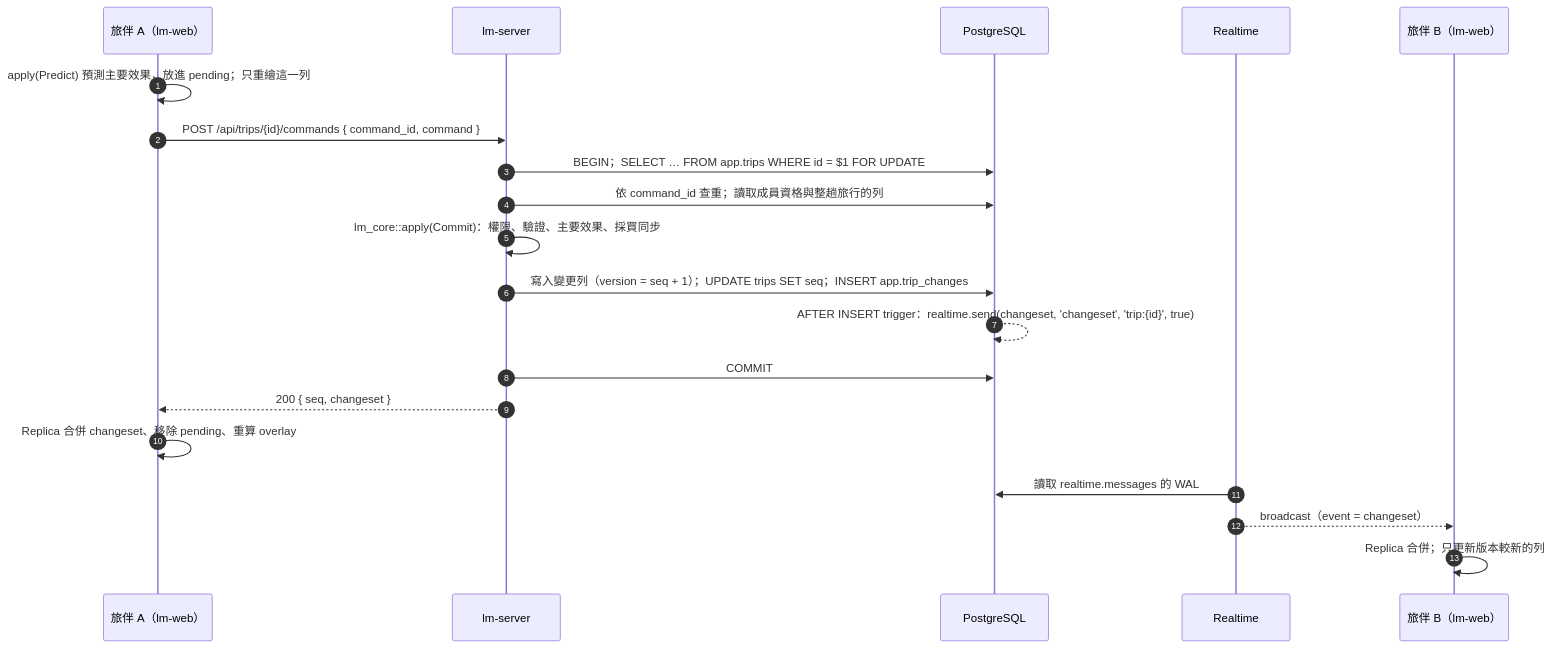
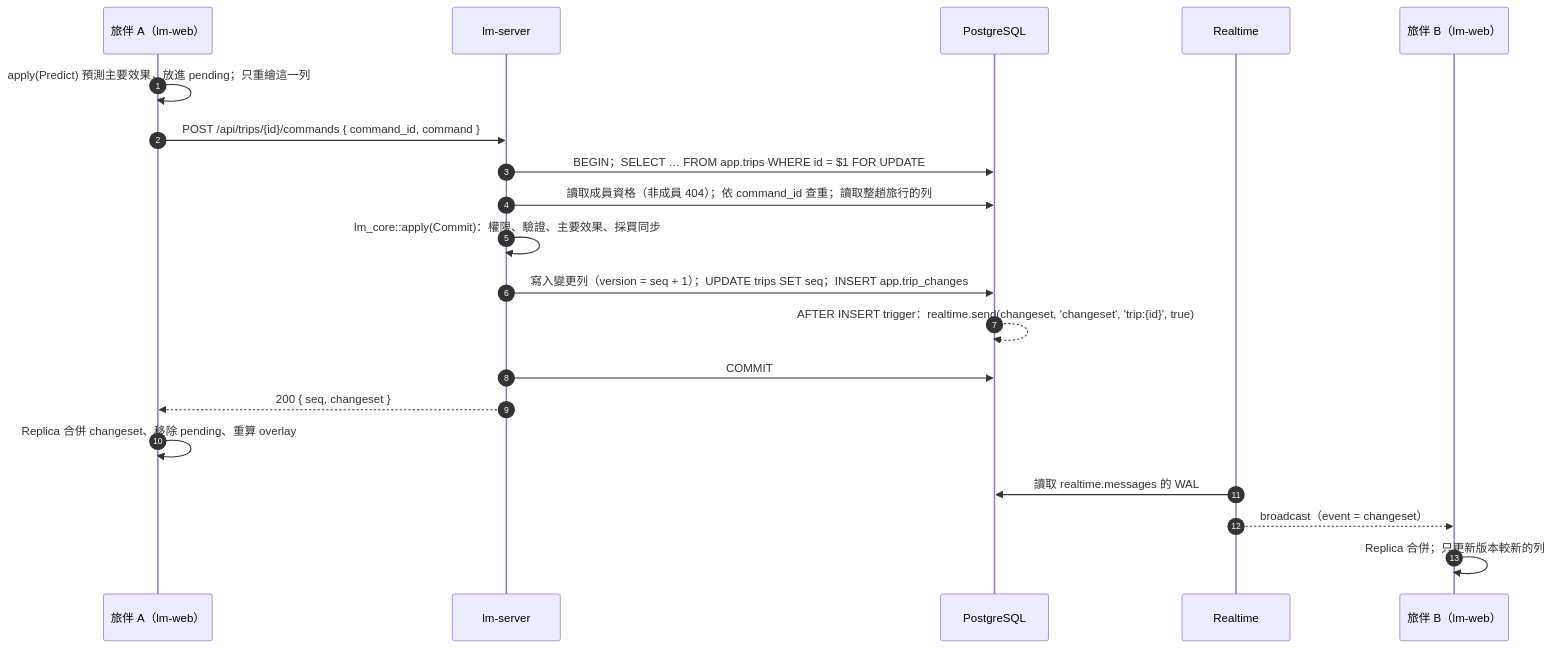
Before and after one commit to Raigorlin/little-moments: the second of 5 diagrams in .kiro/specs/rust-supabase-rewrite/design.md, drawn with Mermaid. The commit also changed other lines of this file and 2 other files, not shown here.

````diff
--- a/.kiro/specs/rust-supabase-rewrite/design.md
+++ b/.kiro/specs/rust-supabase-rewrite/design.md
@@ -160,22 +164,22 @@
 ```mermaid
 sequenceDiagram
   autonumber
   participant A as 旅伴 A（lm-web）
   participant S as lm-server
   participant DB as PostgreSQL
   participant RT as Realtime
   participant B as 旅伴 B（lm-web）
   A->>A: apply(Predict) 預測主要效果，放進 pending；只重繪這一列
   A->>S: POST /api/trips/{id}/commands { command_id, command }
   S->>DB: BEGIN；SELECT … FROM app.trips WHERE id = $1 FOR UPDATE
-  S->>DB: 依 command_id 查重；讀取成員資格與整趟旅行的列
+  S->>DB: 讀取成員資格（非成員 404）；依 command_id 查重；讀取整趟旅行的列
   S->>S: lm_core::apply(Commit)：權限、驗證、主要效果、採買同步
   S->>DB: 寫入變更列（version = seq + 1）；UPDATE trips SET seq；INSERT app.trip_changes
   DB-->>DB: AFTER INSERT trigger：realtime.send(changeset, 'changeset', 'trip:{id}', true)
   S->>DB: COMMIT
   S-->>A: 200 { seq, changeset }
   A->>A: Replica 合併 changeset、移除 pending、重算 overlay
   RT->>DB: 讀取 realtime.messages 的 WAL
   RT-->>B: broadcast（event = changeset）
   B->>B: Replica 合併；只更新版本較新的列
 ```
````
